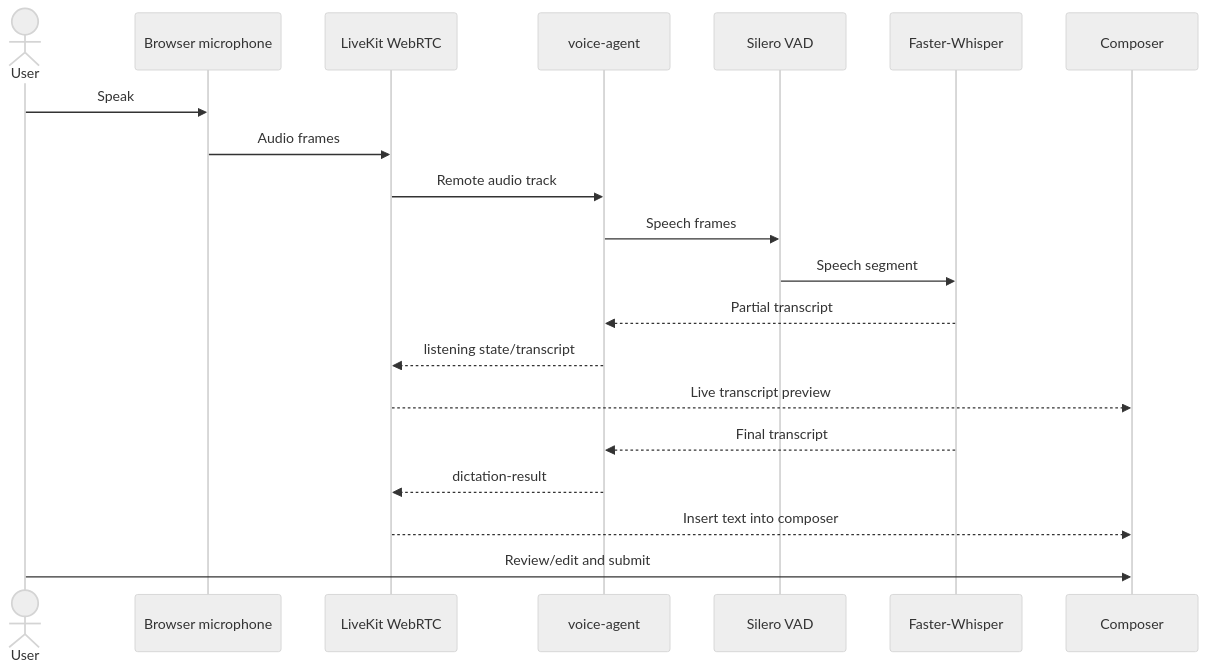
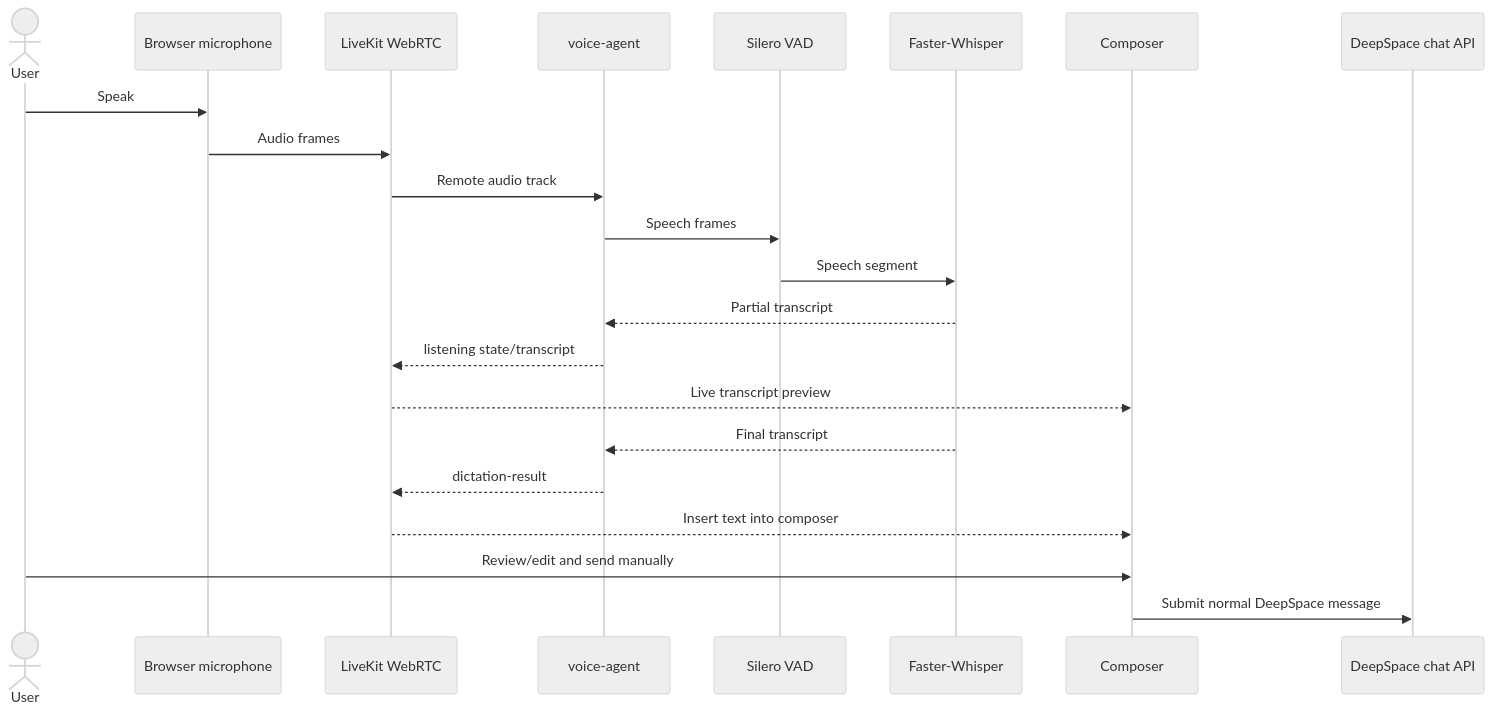
The third of 4 diagrams in backend/docs/capabilities/11-voice-and-realtime-audio.md (sainibhaowal/AverQel), drawn with Mermaid (neutral theme) before and after one commit. The commit also changed other lines of this file and 359 other files, not shown here.

```diff
--- a/backend/docs/capabilities/11-voice-and-realtime-audio.md
+++ b/backend/docs/capabilities/11-voice-and-realtime-audio.md
@@ -195,23 +225,25 @@
 ~~~mermaid
 sequenceDiagram
     actor User
     participant Mic as Browser microphone
     participant LK as LiveKit WebRTC
     participant VA as voice-agent
     participant VAD as Silero VAD
     participant STT as Faster-Whisper
     participant UI as Composer
+    participant API as DeepSpace chat API
 
     User->>Mic: Speak
     Mic->>LK: Audio frames
     LK->>VA: Remote audio track
     VA->>VAD: Speech frames
     VAD->>STT: Speech segment
     STT-->>VA: Partial transcript
     VA-->>LK: listening state/transcript
     LK-->>UI: Live transcript preview
     STT-->>VA: Final transcript
     VA-->>LK: dictation-result
     LK-->>UI: Insert text into composer
-    User->>UI: Review/edit and submit
+    User->>UI: Review/edit and send manually
+    UI->>API: Submit normal DeepSpace message
 ~~~
```
